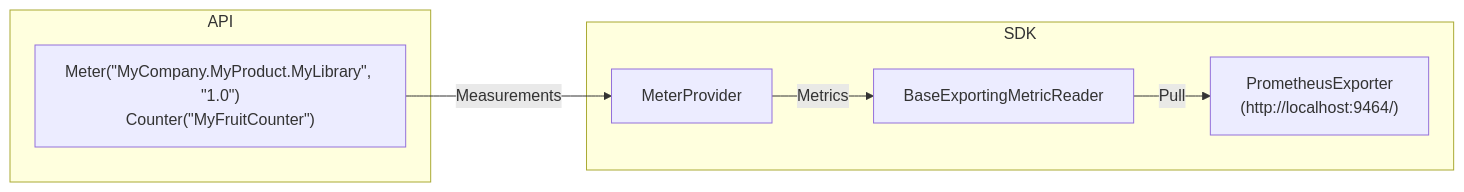
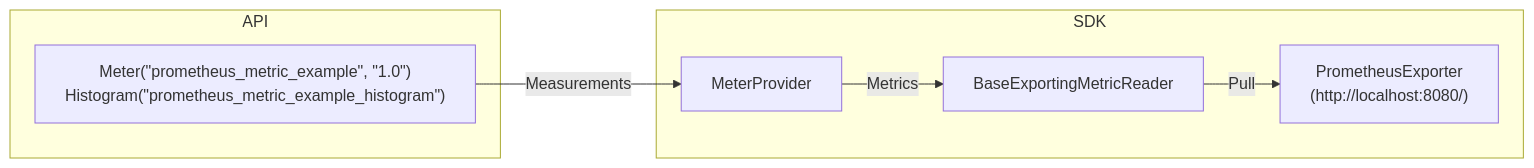
One commit to open-telemetry/opentelemetry-cpp changed the first of 2 diagrams in examples/prometheus/README.md. Above: the diagram before and after it, drawn with Mermaid. The commit also changed other lines of this file, not shown here.

````diff
--- a/examples/prometheus/README.md
+++ b/examples/prometheus/README.md
@@ -47,17 +47,17 @@
 ```mermaid
 graph LR
 
 subgraph SDK
   MeterProvider
   MetricReader[BaseExportingMetricReader]
-  PrometheusExporter["PrometheusExporter<br/>(http://localhost:9464/)"]
+  PrometheusExporter["PrometheusExporter<br/>(http://localhost:8080/)"]
 end
 
 subgraph API
-  Instrument["Meter(#quot;MyCompany.MyProduct.MyLibrary#quot;, #quot;1.0#quot;)<br/>Counter(#quot;MyFruitCounter#quot;)"]
+  Instrument["Meter(#quot;prometheus_metric_example#quot;, #quot;1.0#quot;)<br/>Histogram(#quot;prometheus_metric_example_histogram#quot;)"]
 end
 
 Instrument --> | Measurements | MeterProvider
 
 MeterProvider --> | Metrics | MetricReader --> | Pull | PrometheusExporter
 ```
````
